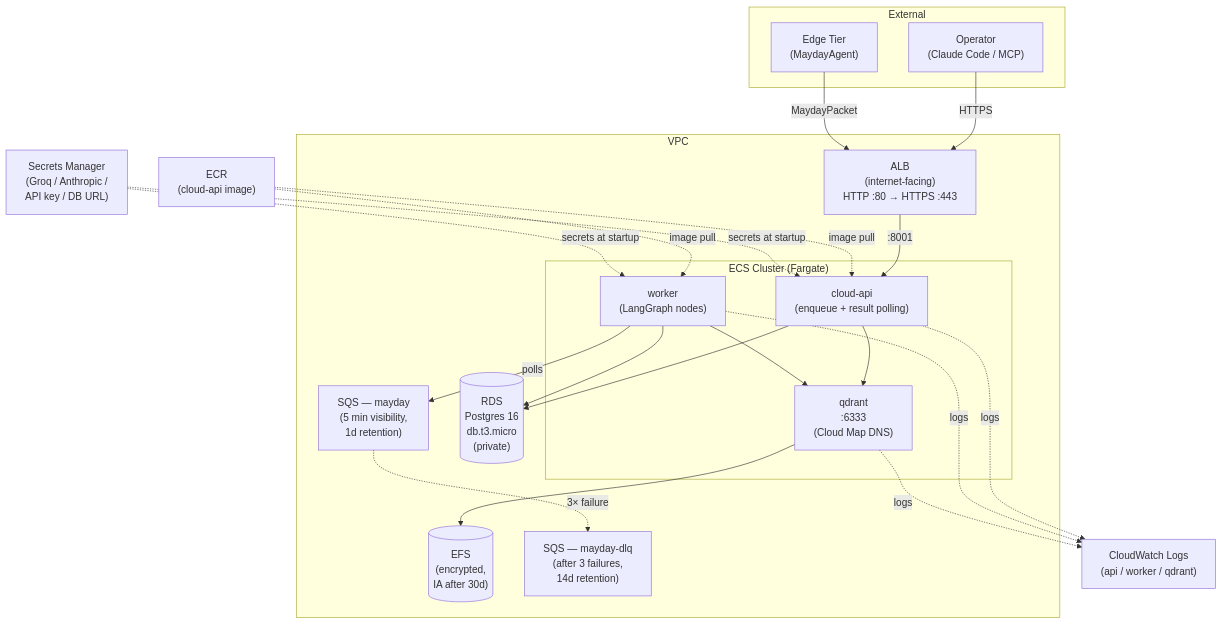
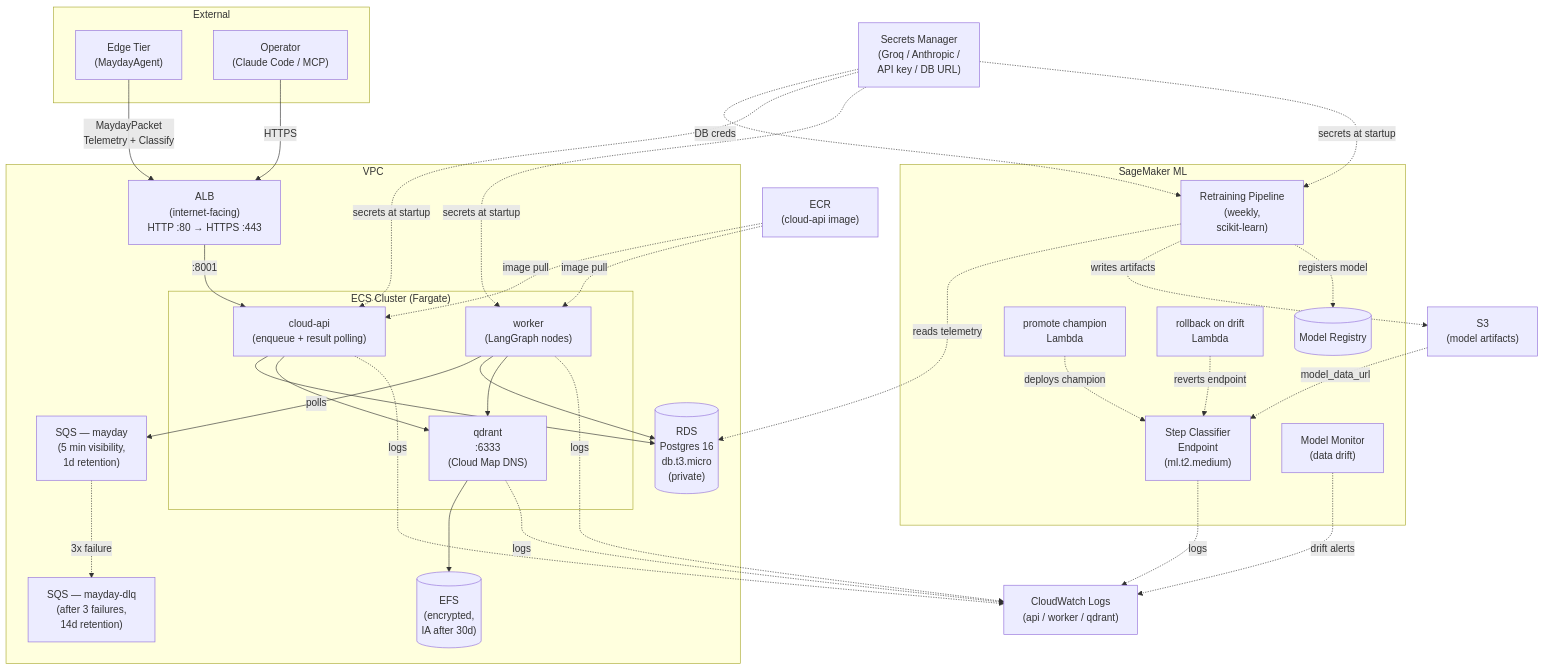
The second of 2 diagrams in README.md (anedelkos/cortexguard), drawn with Mermaid before and after one commit. The commit also changed other lines of this file and 46 other files, not shown here.

First line of the commit message:
feat: add model retraining pipeline and SageMaker ML infrastructure

````diff
--- a/README.md
+++ b/README.md
@@ -341,45 +341,65 @@
 ```mermaid
 flowchart TD
     subgraph EXT["External"]
         EDGE["Edge Tier\n(MaydayAgent)"]
         OP["Operator\n(Claude Code / MCP)"]
     end
 
     subgraph VPC["VPC"]
         ALB["ALB\n(internet-facing)\nHTTP :80 → HTTPS :443"]
 
         subgraph CLUSTER["ECS Cluster (Fargate)"]
             API["cloud-api\n(enqueue + result polling)"]
             WORKER["worker\n(LangGraph nodes)"]
             QDRANT["qdrant\n:6333\n(Cloud Map DNS)"]
         end
 
         RDS[("RDS\nPostgres 16\ndb.t3.micro\n(private)")]
         EFS[("EFS\n(encrypted,\nIA after 30d)")]
         SQS["SQS — mayday\n(5 min visibility,\n1d retention)"]
         DLQ["SQS — mayday-dlq\n(after 3 failures,\n14d retention)"]
     end
 
+    subgraph ML["SageMaker ML"]
+        EP["Step Classifier\nEndpoint\n(ml.t2.medium)"]
+        MODEL_REG[("Model Registry")]
+        PP["Retraining Pipeline\n(weekly,\nscikit-learn)"]
+        MON["Model Monitor\n(data drift)"]
+        PROMOTE["promote champion\nLambda"]
+        ROLLBACK["rollback on drift\nLambda"]
+    end
+
     ECR["ECR\n(cloud-api image)"]
+    S3["S3\n(model artifacts)"]
     SM["Secrets Manager\n(Groq / Anthropic /\nAPI key / DB URL)"]
     CW["CloudWatch Logs\n(api / worker / qdrant)"]
 
     OP -->|HTTPS| ALB
-    EDGE -->|MaydayPacket| ALB
+    EDGE -->|MaydayPacket\nTelemetry + Classify| ALB
     ALB -->|:8001| API
     WORKER -->|polls| SQS
-    SQS -.->|3× failure| DLQ
+    SQS -.->|3x failure| DLQ
     API --> RDS
     API --> QDRANT
     WORKER --> RDS
     WORKER --> QDRANT
     QDRANT --> EFS
+    PP -.->|reads telemetry| RDS
+    PP -.->|writes artifacts| S3
+    PP -.->|registers model| MODEL_REG
+    S3 -.->|model_data_url| EP
+    PROMOTE -.->|deploys champion| EP
+    ROLLBACK -.->|reverts endpoint| EP
+    MON -.->|drift alerts| CW
+    SM -.->|DB creds| PP
 
     ECR -.->|image pull| API
     ECR -.->|image pull| WORKER
     SM -.->|secrets at startup| API
     SM -.->|secrets at startup| WORKER
+    SM -.->|secrets at startup| PP
     API -.->|logs| CW
     WORKER -.->|logs| CW
     QDRANT -.->|logs| CW
+    EP -.->|logs| CW
 ```
````
